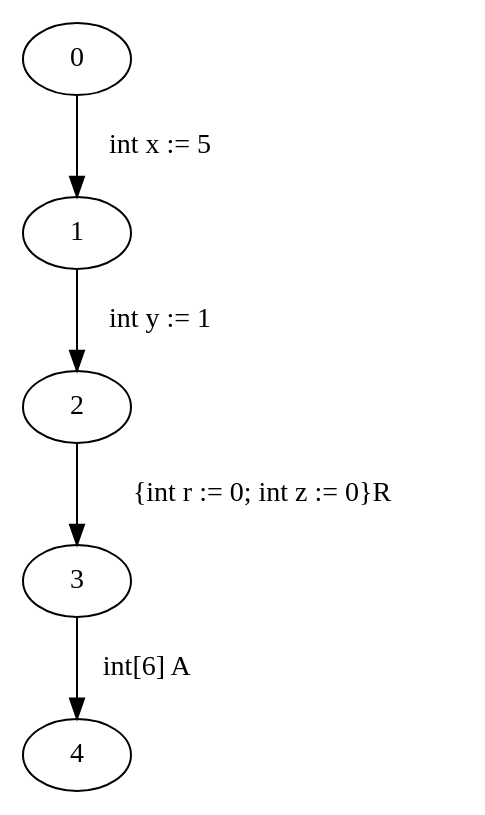
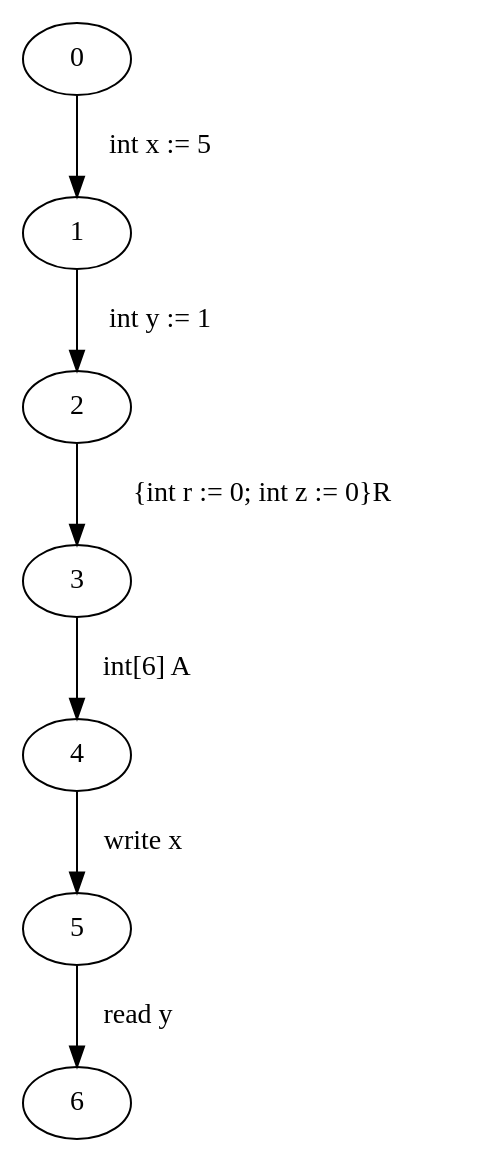
One commit to FloKes/ProgramAnalysis changed the diagram in src/main/java/graphviz/input.dot. Above: the diagram before and after it, drawn with Graphviz. The commit also changed 5 other files, not shown here.

Commit message:
Added for Read and Write statement

```diff
--- a/src/main/java/graphviz/input.dot
+++ b/src/main/java/graphviz/input.dot
@@ -1,6 +1,8 @@
 digraph ProgramGraph{
 "0" -> "1" [label="  int x := 5   "] 
 "1" -> "2" [label="  int y := 1   "] 
 "2" -> "3" [label="  {int r := 0; int z := 0}R   "] 
 "3" -> "4" [label="  int[6] A   "] 
+"4" -> "5" [label="  write x   "] 
+"5" -> "6" [label="  read y   "] 
 }
```
